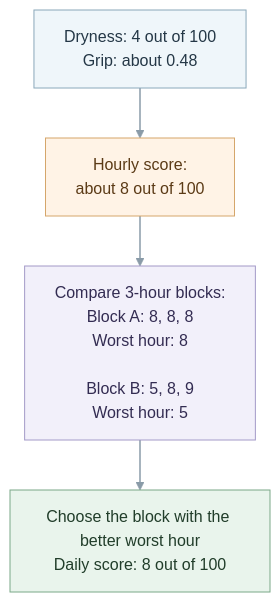
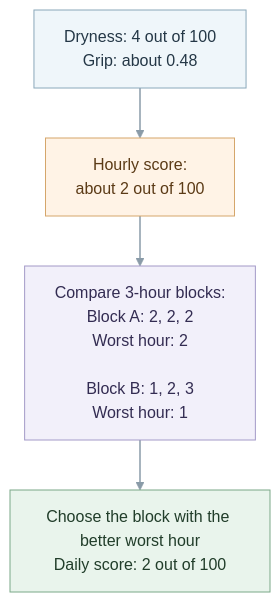
The diagram in docs/images/crag-a-3-daily-score.mmd (TimHogan-HD/WeatherTeam6), drawn with Mermaid before and after one commit. The commit also changed 9 other files, not shown here.

First line of the commit message:
Score dryness without the 0.55 exponent (#536)

```diff
--- a/docs/images/crag-a-3-daily-score.mmd
+++ b/docs/images/crag-a-3-daily-score.mmd
@@ -1,14 +1,14 @@
 flowchart TD
-    A["Dryness: 4 out of 100<br/>Grip: about 0.48"] --> B["Hourly score:<br/>about 8 out of 100"]
-    B --> C["Compare 3-hour blocks:<br/>Block A: 8, 8, 8<br/>Worst hour: 8<br/><br/>Block B: 5, 8, 9<br/>Worst hour: 5"]
-    C --> D["Choose the block with the better worst hour<br/>Daily score: 8 out of 100"]
+    A["Dryness: 4 out of 100<br/>Grip: about 0.48"] --> B["Hourly score:<br/>about 2 out of 100"]
+    B --> C["Compare 3-hour blocks:<br/>Block A: 2, 2, 2<br/>Worst hour: 2<br/><br/>Block B: 1, 2, 3<br/>Worst hour: 1"]
+    C --> D["Choose the block with the better worst hour<br/>Daily score: 2 out of 100"]
 
     classDef input fill:#EFF6FA,stroke:#8AA8BA,color:#243746,stroke-width:1px
     classDef step fill:#F2F0FA,stroke:#A39AC8,color:#332C52,stroke-width:1px
     classDef measure fill:#FFF3E6,stroke:#D5A66B,color:#5B3A16,stroke-width:1px
     classDef output fill:#E9F4EC,stroke:#7BA888,color:#213D2A,stroke-width:1px
     class A input
     class B measure
     class C step
     class D output
     linkStyle default stroke:#8A9BA8,stroke-width:1.5px
```
